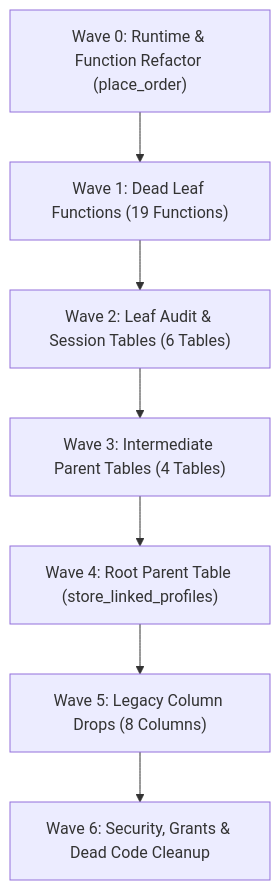
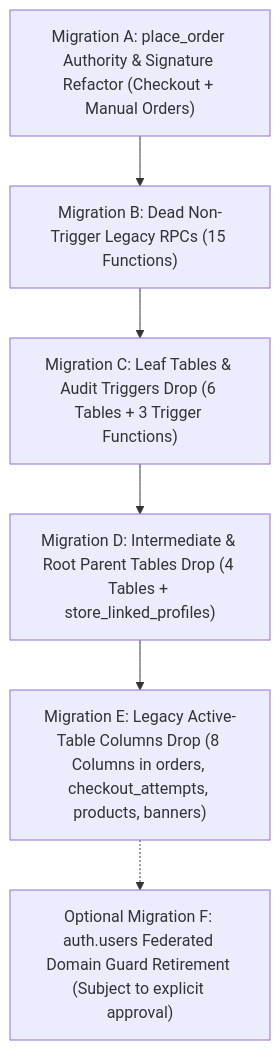
One commit to dilmart-info/Dilmart changed the diagram in docs/stage-b/pass2/STAGE_B_PASS2_EXECUTIVE_PLAN.md. Above: the diagram before and after it, drawn with Mermaid. The commit also changed other lines of this file and 12 other files, not shown here.

````diff
--- a/docs/stage-b/pass2/STAGE_B_PASS2_EXECUTIVE_PLAN.md
+++ b/docs/stage-b/pass2/STAGE_B_PASS2_EXECUTIVE_PLAN.md
@@ -63,9 +63,8 @@
 ```mermaid
 graph TD
-    W0["Wave 0: Runtime & Function Refactor (place_order)"] --> W1["Wave 1: Dead Leaf Functions (19 Functions)"]
-    W1 --> W2["Wave 2: Leaf Audit & Session Tables (6 Tables)"]
-    W2 --> W3["Wave 3: Intermediate Parent Tables (4 Tables)"]
-    W3 --> W4["Wave 4: Root Parent Table (store_linked_profiles)"]
-    W4 --> W5["Wave 5: Legacy Column Drops (8 Columns)"]
-    W5 --> W6["Wave 6: Security, Grants & Dead Code Cleanup"]
+    MA["Migration A: place_order Authority & Signature Refactor (Checkout + Manual Orders)"] --> MB["Migration B: Dead Non-Trigger Legacy RPCs (15 Functions)"]
+    MB --> MC["Migration C: Leaf Tables & Audit Triggers Drop (6 Tables + 3 Trigger Functions)"]
+    MC --> MD["Migration D: Intermediate & Root Parent Tables Drop (4 Tables + store_linked_profiles)"]
+    MD --> ME["Migration E: Legacy Active-Table Columns Drop (8 Columns in orders, checkout_attempts, products, banners)"]
+    ME -.-> MF["Optional Migration F: auth.users Federated Domain Guard Retirement (Subject to explicit approval)"]
 ```
````
